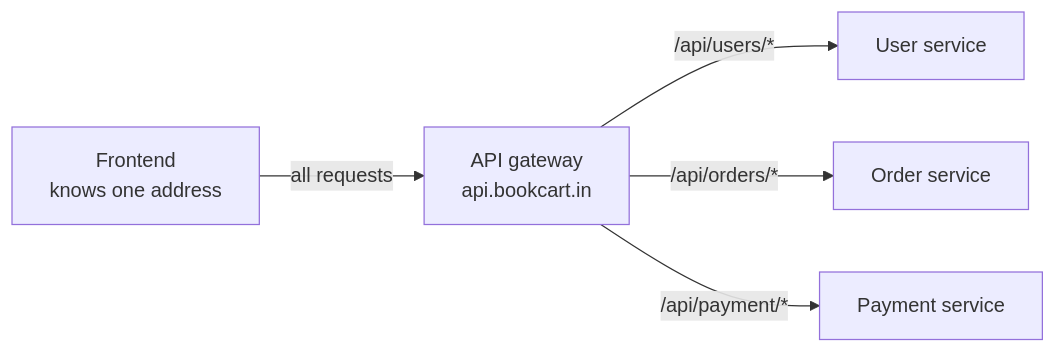
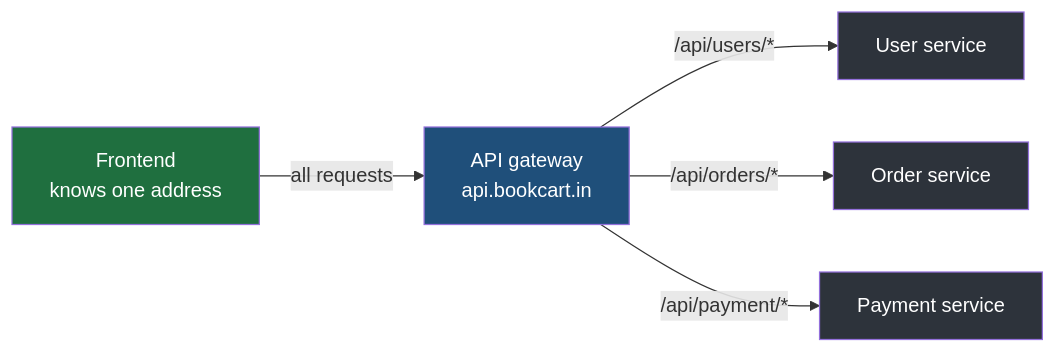
Before and after one commit to Dummy-Bug/system-design-handbook: the third of 5 diagrams in Devops/04-Networking/07-API-Gateway.md, drawn with Mermaid. The commit also changed other lines of this file and 53 other files, not shown here.

````diff
--- a/Devops/04-Networking/07-API-Gateway.md
+++ b/Devops/04-Networking/07-API-Gateway.md
@@ -53,7 +61,12 @@
 ```mermaid
 flowchart LR
     F["Frontend<br/>knows one address"] -->|"all requests"| G["API gateway<br/>api.bookcart.in"]
     G -->|"/api/users/*"| U["User service"]
     G -->|"/api/orders/*"| O["Order service"]
     G -->|"/api/payment/*"| P["Payment service"]
+    style F fill:#1f6f3f,color:#fff
+    style G fill:#1f4f7a,color:#fff
+    style U fill:#2d333b,color:#fff
+    style O fill:#2d333b,color:#fff
+    style P fill:#2d333b,color:#fff
 ```
````
